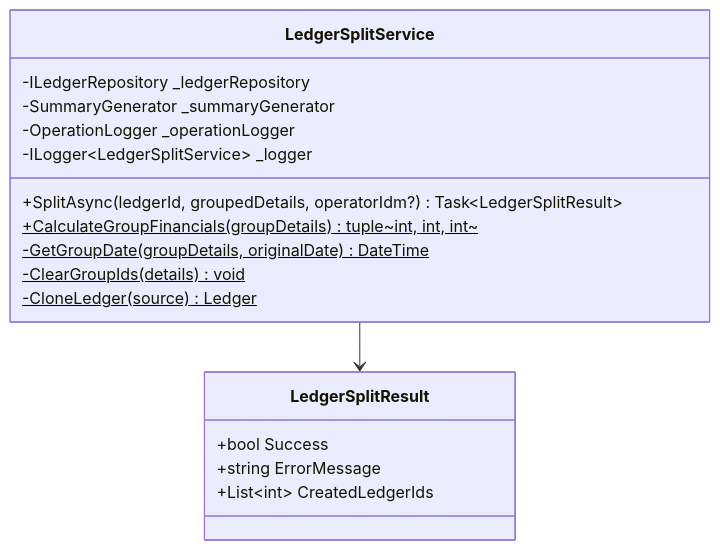
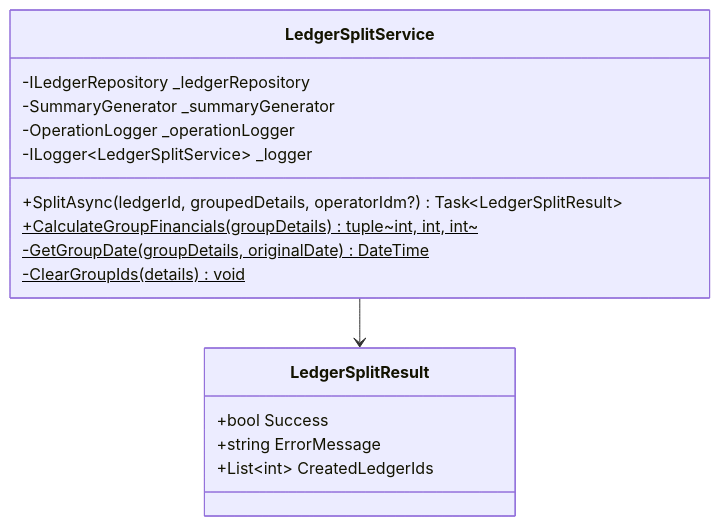
Before and after one commit to kuwayamamasayuki/ICCardManager: diagram 31 of 52 in ICCardManager/docs/design/05_クラス設計書.md, drawn with Mermaid. The commit also changed other lines of this file and 9 other files, not shown here.

````diff
--- a/ICCardManager/docs/design/05_クラス設計書.md
+++ b/ICCardManager/docs/design/05_クラス設計書.md
@@ -2042,22 +2044,21 @@
 ```mermaid
 classDiagram
     class LedgerSplitService {
         -ILedgerRepository _ledgerRepository
         -SummaryGenerator _summaryGenerator
         -OperationLogger _operationLogger
         -ILogger~LedgerSplitService~ _logger
         +SplitAsync(ledgerId, groupedDetails, operatorIdm?) Task~LedgerSplitResult~
         +CalculateGroupFinancials(groupDetails)$ tuple~int, int, int~
         -GetGroupDate(groupDetails, originalDate)$ DateTime
         -ClearGroupIds(details)$ void
-        -CloneLedger(source)$ Ledger
     }
 
     class LedgerSplitResult {
         +bool Success
         +string ErrorMessage
         +List~int~ CreatedLedgerIds
     }
 
     LedgerSplitService --> LedgerSplitResult
 ```
````
